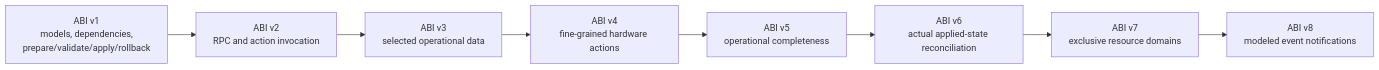
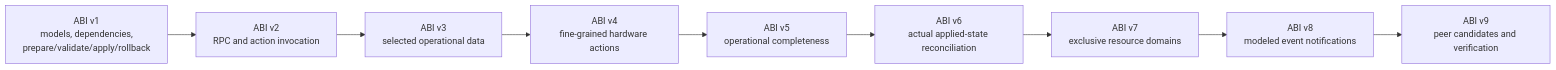
One commit to dcornejo/dang changed the second of 4 diagrams in docs/DANGD_PLUGINS.md. Above: the diagram before and after it, drawn with Mermaid. The commit also changed other lines of this file and 18 other files, not shown here.

First line of the commit message:
Add generic ABI v9 peer transaction planning contract

````diff
--- a/docs/DANGD_PLUGINS.md
+++ b/docs/DANGD_PLUGINS.md
@@ -109,12 +109,13 @@
 ```mermaid
 flowchart LR
   v1[ABI v1<br/>models, dependencies,<br/>prepare/validate/apply/rollback]
   v2[ABI v2<br/>RPC and action invocation]
   v3[ABI v3<br/>selected operational data]
   v4[ABI v4<br/>fine-grained hardware actions]
   v5[ABI v5<br/>operational completeness]
   v6[ABI v6<br/>actual applied-state reconciliation]
   v7[ABI v7<br/>exclusive resource domains]
   v8[ABI v8<br/>modeled event notifications]
-  v1 --> v2 --> v3 --> v4 --> v5 --> v6 --> v7 --> v8
+  v9[ABI v9<br/>peer candidates and verification]
+  v1 --> v2 --> v3 --> v4 --> v5 --> v6 --> v7 --> v8 --> v9
 ```
````
